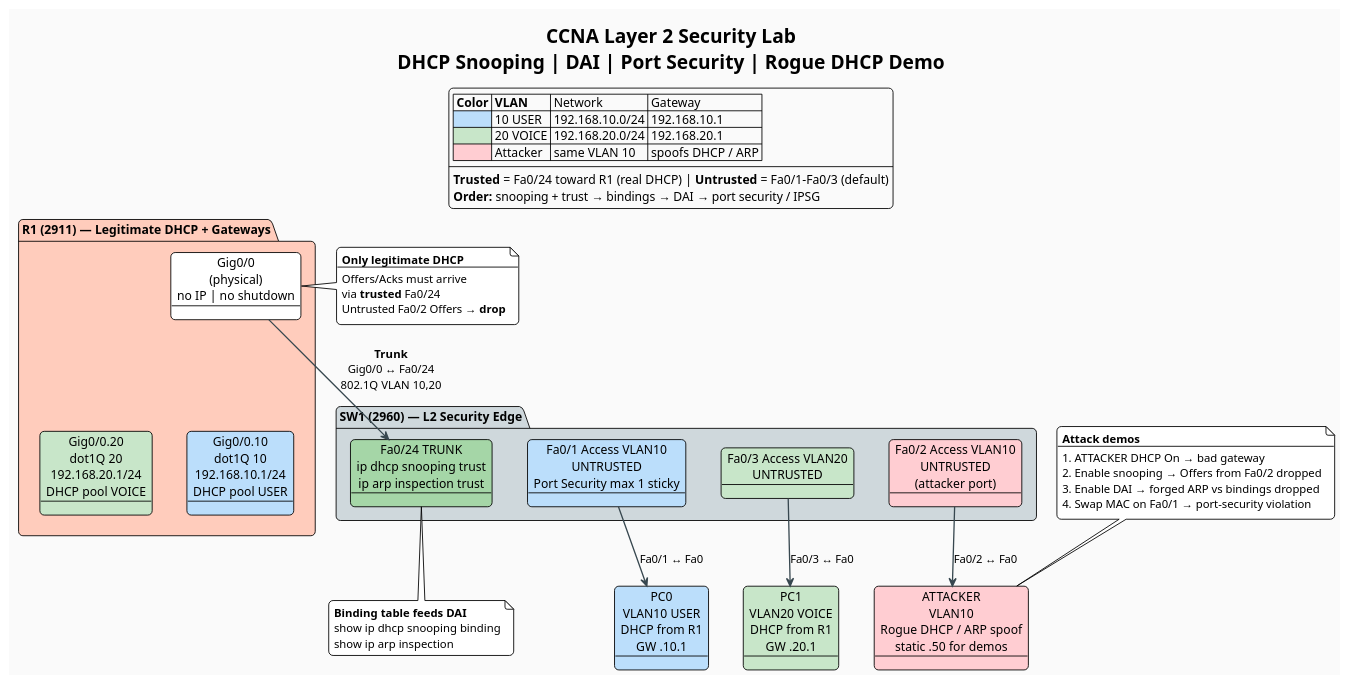
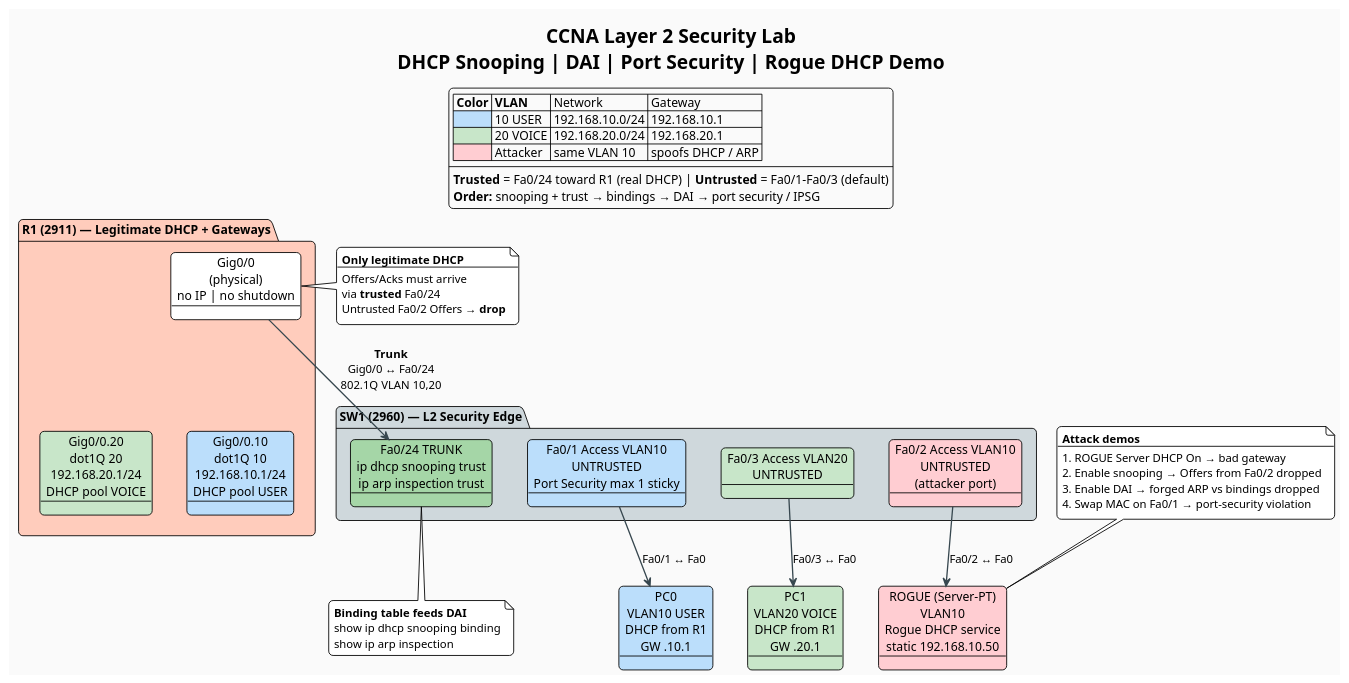
One commit to Alexsanch3zx/CCNA changed the diagram in labs/Layer2_Security_DHCP_Snooping_DAI/CCNA_Layer2_Security_Topology.puml. Above: the diagram before and after it, drawn with PlantUML. The commit also changed 2 other files, not shown here.

Commit message:
Fix L2 security lab for Packet Tracer DHCP and trunk checks.
Use Server-PT for rogue DHCP, clarify when show interfaces trunk populates, and journal the PC DHCP-server limitation.

```diff
--- a/labs/Layer2_Security_DHCP_Snooping_DAI/CCNA_Layer2_Security_Topology.puml
+++ b/labs/Layer2_Security_DHCP_Snooping_DAI/CCNA_Layer2_Security_Topology.puml
@@ -1,80 +1,80 @@
 @startuml CCNA_Layer2_Security_Topology
 ' CCNA Layer 2 Security Lab — DHCP Snooping, DAI, Port Security
 ' Render: plantuml labs/Layer2_Security_DHCP_Snooping_DAI/CCNA_Layer2_Security_Topology.puml
 ' Or: https://www.plantuml.com/plantuml
 !theme plain
 top to bottom direction
 skinparam backgroundColor #FAFAFA
 skinparam shadowing false
 skinparam roundcorner 10
 skinparam defaultFontName Arial
 skinparam ArrowColor #37474F
 skinparam ArrowThickness 1.5
 skinparam nodesep 40
 skinparam ranksep 45
 
 title **CCNA Layer 2 Security Lab**\nDHCP Snooping | DAI | Port Security | Rogue DHCP Demo
 
 legend top
   |= Color |= VLAN | Network | Gateway |
   | <#BBDEFB> | 10 USER | 192.168.10.0/24 | 192.168.10.1 |
   | <#C8E6C9> | 20 VOICE | 192.168.20.0/24 | 192.168.20.1 |
   | <#FFCDD2> | Attacker | same VLAN 10 | spoofs DHCP / ARP |
   ----
   **Trusted** = Fa0/24 toward R1 (real DHCP) | **Untrusted** = Fa0/1–Fa0/3 (default)
   **Order:** snooping + trust → bindings → DAI → port security / IPSG
 endlegend
 
 package "R1 (2911) — Legitimate DHCP + Gateways" #FFCCBC {
   object "Gig0/0\n(physical)\nno IP | no shutdown" as R1_PHY #FFFFFF
   together {
     object "Gig0/0.10\ndot1Q 10\n192.168.10.1/24\nDHCP pool USER" as R1_10 #BBDEFB
     object "Gig0/0.20\ndot1Q 20\n192.168.20.1/24\nDHCP pool VOICE" as R1_20 #C8E6C9
   }
   R1_PHY -[hidden]down- R1_10
 }
 
 package "SW1 (2960) — L2 Security Edge" #CFD8DC {
   object "Fa0/24 TRUNK\nip dhcp snooping trust\nip arp inspection trust" as SW1_24 #A5D6A7
   object "Fa0/1 Access VLAN10\nUNTRUSTED\nPort Security max 1 sticky" as SW1_1 #BBDEFB
   object "Fa0/2 Access VLAN10\nUNTRUSTED\n(attacker port)" as SW1_2 #FFCDD2
   object "Fa0/3 Access VLAN20\nUNTRUSTED" as SW1_3 #C8E6C9
 }
 
 together {
   object "PC0\nVLAN10 USER\nDHCP from R1\nGW .10.1" as PC0 #BBDEFB
-  object "ATTACKER\nVLAN10\nRogue DHCP / ARP spoof\nstatic .50 for demos" as ATK #FFCDD2
+  object "ROGUE (Server-PT)\nVLAN10\nRogue DHCP service\nstatic 192.168.10.50" as ATK #FFCDD2
   object "PC1\nVLAN20 VOICE\nDHCP from R1\nGW .20.1" as PC1 #C8E6C9
 }
 
 R1_PHY --> SW1_24 : **Trunk**\nGig0/0 ↔ Fa0/24\n802.1Q VLAN 10,20
 SW1_1 --> PC0 : Fa0/1 ↔ Fa0
 SW1_2 --> ATK : Fa0/2 ↔ Fa0
 SW1_3 --> PC1 : Fa0/3 ↔ Fa0
 
 note right of R1_PHY
   **Only legitimate DHCP**
   ----
   Offers/Acks must arrive
   via **trusted** Fa0/24
   Untrusted Fa0/2 Offers → **drop**
 end note
 
 note bottom of SW1_24
   **Binding table feeds DAI**
   show ip dhcp snooping binding
   show ip arp inspection
 end note
 
 note as ATTACK_FLOW
   **Attack demos**
   ----
-  1. ATTACKER DHCP On → bad gateway
+  1. ROGUE Server DHCP On → bad gateway
   2. Enable snooping → Offers from Fa0/2 dropped
   3. Enable DAI → forged ARP vs bindings dropped
   4. Swap MAC on Fa0/1 → port-security violation
 end note
 
 ATTACK_FLOW .. ATK
 
 @enduml
```
